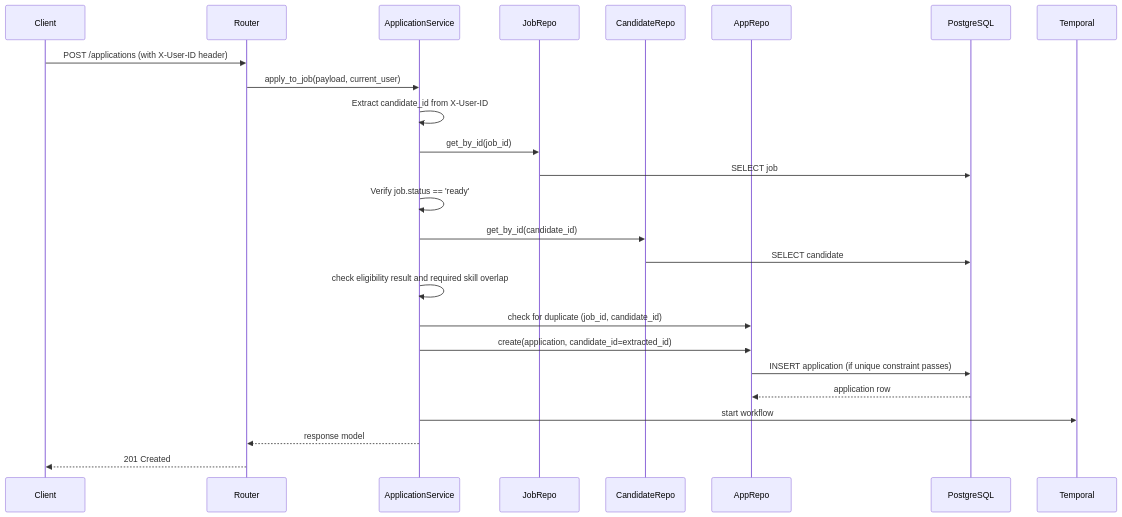
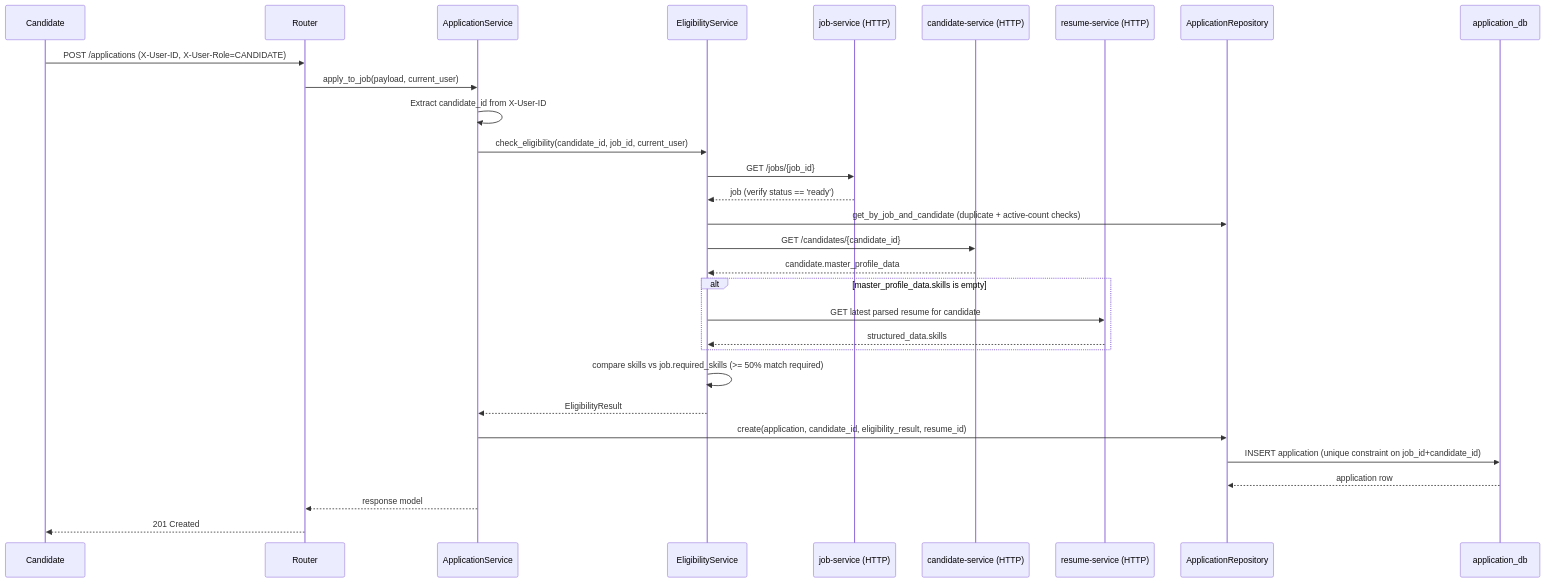
One commit to afnan-emumba/smart-hire changed the seventh of 8 diagrams in docs/SERVICES.md. Above: the diagram before and after it, drawn with Mermaid. The commit also changed other lines of this file and 75 other files, not shown here.

````diff
--- a/docs/SERVICES.md
+++ b/docs/SERVICES.md
@@ -155,28 +201,33 @@
 ```mermaid
 sequenceDiagram
-    participant Client
+    participant Candidate
     participant Router
     participant Service as ApplicationService
-    participant JobRepo
-    participant CandidateRepo
-    participant AppRepo
-    participant DB as PostgreSQL
-    participant Temporal
+    participant Eligibility as EligibilityService
+    participant JobSvc as job-service (HTTP)
+    participant CandidateSvc as candidate-service (HTTP)
+    participant ResumeSvc as resume-service (HTTP)
+    participant AppRepo as ApplicationRepository
+    participant DB as application_db
 
-    Client->>Router: POST /applications (with X-User-ID header)
+    Candidate->>Router: POST /applications (X-User-ID, X-User-Role=CANDIDATE)
     Router->>Service: apply_to_job(payload, current_user)
     Service->>Service: Extract candidate_id from X-User-ID
-    Service->>JobRepo: get_by_id(job_id)
-    JobRepo->>DB: SELECT job
-    Service->>Service: Verify job.status == 'ready'
-    Service->>CandidateRepo: get_by_id(candidate_id)
-    CandidateRepo->>DB: SELECT candidate
-    Service->>Service: check eligibility result and required skill overlap
-    Service->>AppRepo: check for duplicate (job_id, candidate_id)
-    Service->>AppRepo: create(application, candidate_id=extracted_id)
-    AppRepo->>DB: INSERT application (if unique constraint passes)
+    Service->>Eligibility: check_eligibility(candidate_id, job_id, current_user)
+    Eligibility->>JobSvc: GET /jobs/{job_id}
+    JobSvc-->>Eligibility: job (verify status == 'ready')
+    Eligibility->>AppRepo: get_by_job_and_candidate (duplicate + active-count checks)
+    Eligibility->>CandidateSvc: GET /candidates/{candidate_id}
+    CandidateSvc-->>Eligibility: candidate.master_profile_data
+    alt master_profile_data.skills is empty
+        Eligibility->>ResumeSvc: GET latest parsed resume for candidate
+        ResumeSvc-->>Eligibility: structured_data.skills
+    end
+    Eligibility->>Eligibility: compare skills vs job.required_skills (>= 50% match required)
+    Eligibility-->>Service: EligibilityResult
+    Service->>AppRepo: create(application, candidate_id, eligibility_result, resume_id)
+    AppRepo->>DB: INSERT application (unique constraint on job_id+candidate_id)
     DB-->>AppRepo: application row
-    Service->>Temporal: start workflow
     Service-->>Router: response model
-    Router-->>Client: 201 Created
+    Router-->>Candidate: 201 Created
 ```
````
